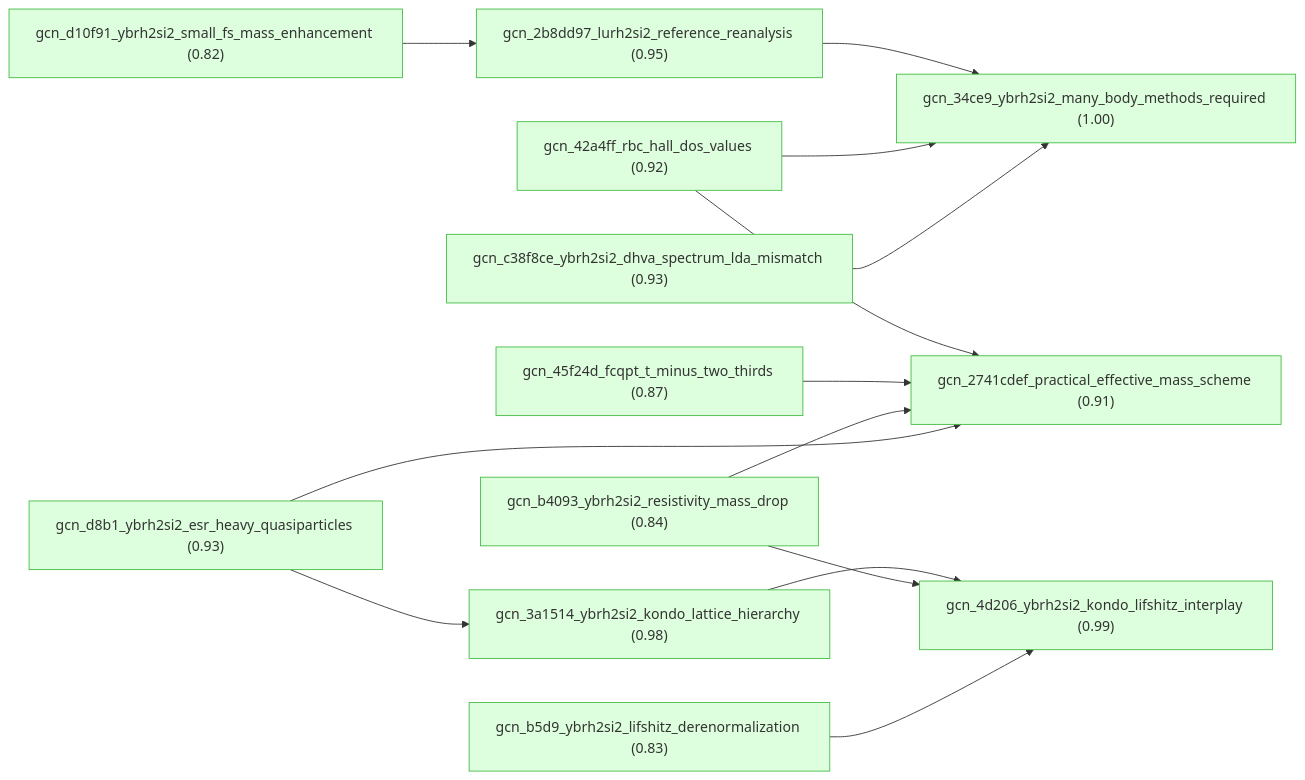
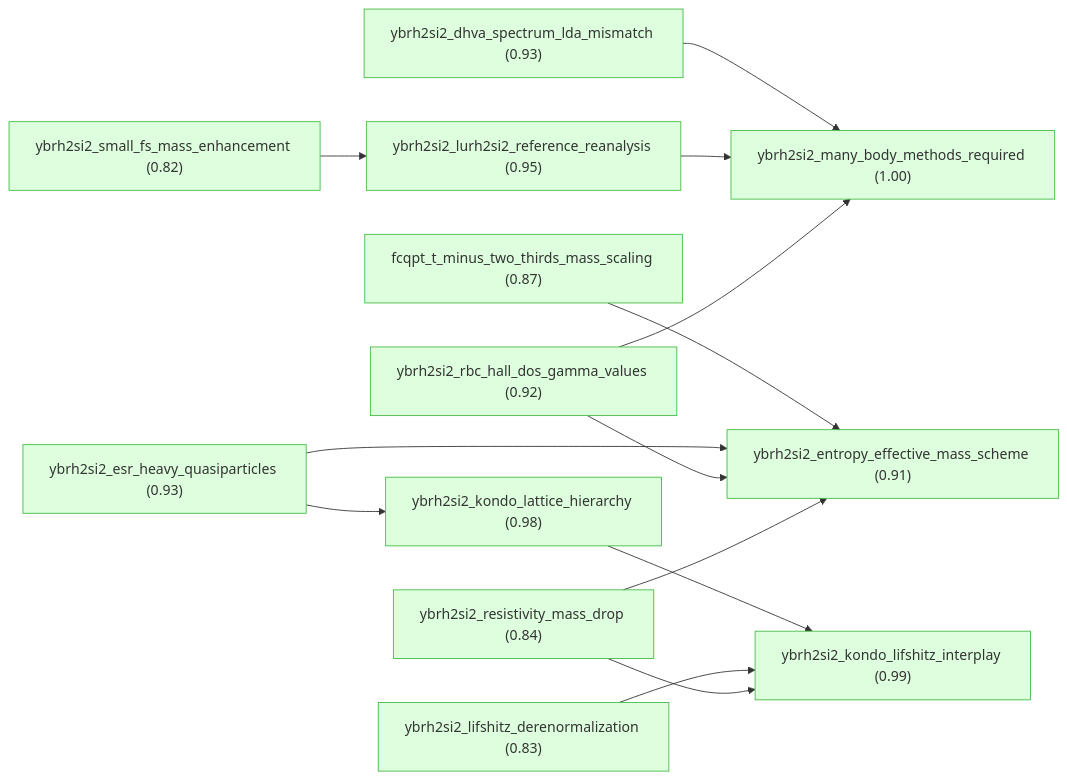
The first of 13 diagrams in docs/detailed-reasoning.md (Callo42/fermi-liquid-effective-mass-gaia), drawn with Mermaid before and after one commit. The commit also changed other lines of this file and 33 other files, not shown here.

````diff
--- a/docs/detailed-reasoning.md
+++ b/docs/detailed-reasoning.md
@@ -7,37 +7,37 @@
 ```mermaid
 graph LR
-    gcn_2741cdef_practical_effective_mass_scheme["gcn_2741cdef_practical_effective_mass_scheme (0.91)"]:::derived
-    gcn_45f24d_fcqpt_t_minus_two_thirds["gcn_45f24d_fcqpt_t_minus_two_thirds (0.87)"]:::derived
-    gcn_42a4ff_rbc_hall_dos_values["gcn_42a4ff_rbc_hall_dos_values (0.92)"]:::derived
-    gcn_c38f8ce_ybrh2si2_dhva_spectrum_lda_mismatch["gcn_c38f8ce_ybrh2si2_dhva_spectrum_lda_mismatch (0.93)"]:::derived
-    gcn_2b8dd97_lurh2si2_reference_reanalysis["gcn_2b8dd97_lurh2si2_reference_reanalysis (0.95)"]:::derived
-    gcn_b4093_ybrh2si2_resistivity_mass_drop["gcn_b4093_ybrh2si2_resistivity_mass_drop (0.84)"]:::derived
-    gcn_3a1514_ybrh2si2_kondo_lattice_hierarchy["gcn_3a1514_ybrh2si2_kondo_lattice_hierarchy (0.98)"]:::derived
-    gcn_d8b1_ybrh2si2_esr_heavy_quasiparticles["gcn_d8b1_ybrh2si2_esr_heavy_quasiparticles (0.93)"]:::derived
-    gcn_4d206_ybrh2si2_kondo_lifshitz_interplay["gcn_4d206_ybrh2si2_kondo_lifshitz_interplay (0.99)"]:::derived
-    gcn_b5d9_ybrh2si2_lifshitz_derenormalization["gcn_b5d9_ybrh2si2_lifshitz_derenormalization (0.83)"]:::derived
-    gcn_d10f91_ybrh2si2_small_fs_mass_enhancement["gcn_d10f91_ybrh2si2_small_fs_mass_enhancement (0.82)"]:::derived
-    gcn_34ce9_ybrh2si2_many_body_methods_required["gcn_34ce9_ybrh2si2_many_body_methods_required (1.00)"]:::derived
-    gcn_2b8dd97_lurh2si2_reference_reanalysis --> gcn_34ce9_ybrh2si2_many_body_methods_required
-    gcn_3a1514_ybrh2si2_kondo_lattice_hierarchy --> gcn_4d206_ybrh2si2_kondo_lifshitz_interplay
-    gcn_42a4ff_rbc_hall_dos_values --> gcn_2741cdef_practical_effective_mass_scheme
-    gcn_42a4ff_rbc_hall_dos_values --> gcn_34ce9_ybrh2si2_many_body_methods_required
-    gcn_45f24d_fcqpt_t_minus_two_thirds --> gcn_2741cdef_practical_effective_mass_scheme
-    gcn_b4093_ybrh2si2_resistivity_mass_drop --> gcn_2741cdef_practical_effective_mass_scheme
-    gcn_b4093_ybrh2si2_resistivity_mass_drop --> gcn_4d206_ybrh2si2_kondo_lifshitz_interplay
-    gcn_b5d9_ybrh2si2_lifshitz_derenormalization --> gcn_4d206_ybrh2si2_kondo_lifshitz_interplay
-    gcn_c38f8ce_ybrh2si2_dhva_spectrum_lda_mismatch --> gcn_34ce9_ybrh2si2_many_body_methods_required
-    gcn_d10f91_ybrh2si2_small_fs_mass_enhancement --> gcn_2b8dd97_lurh2si2_reference_reanalysis
-    gcn_d8b1_ybrh2si2_esr_heavy_quasiparticles --> gcn_2741cdef_practical_effective_mass_scheme
-    gcn_d8b1_ybrh2si2_esr_heavy_quasiparticles --> gcn_3a1514_ybrh2si2_kondo_lattice_hierarchy
+    ybrh2si2_entropy_effective_mass_scheme["ybrh2si2_entropy_effective_mass_scheme (0.91)"]:::derived
+    fcqpt_t_minus_two_thirds_mass_scaling["fcqpt_t_minus_two_thirds_mass_scaling (0.87)"]:::derived
+    ybrh2si2_rbc_hall_dos_gamma_values["ybrh2si2_rbc_hall_dos_gamma_values (0.92)"]:::derived
+    ybrh2si2_dhva_spectrum_lda_mismatch["ybrh2si2_dhva_spectrum_lda_mismatch (0.93)"]:::derived
+    ybrh2si2_lurh2si2_reference_reanalysis["ybrh2si2_lurh2si2_reference_reanalysis (0.95)"]:::derived
+    ybrh2si2_resistivity_mass_drop["ybrh2si2_resistivity_mass_drop (0.84)"]:::derived
+    ybrh2si2_kondo_lattice_hierarchy["ybrh2si2_kondo_lattice_hierarchy (0.98)"]:::derived
+    ybrh2si2_esr_heavy_quasiparticles["ybrh2si2_esr_heavy_quasiparticles (0.93)"]:::derived
+    ybrh2si2_kondo_lifshitz_interplay["ybrh2si2_kondo_lifshitz_interplay (0.99)"]:::derived
+    ybrh2si2_lifshitz_derenormalization["ybrh2si2_lifshitz_derenormalization (0.83)"]:::derived
+    ybrh2si2_small_fs_mass_enhancement["ybrh2si2_small_fs_mass_enhancement (0.82)"]:::derived
+    ybrh2si2_many_body_methods_required["ybrh2si2_many_body_methods_required (1.00)"]:::derived
+    fcqpt_t_minus_two_thirds_mass_scaling --> ybrh2si2_entropy_effective_mass_scheme
+    ybrh2si2_dhva_spectrum_lda_mismatch --> ybrh2si2_many_body_methods_required
+    ybrh2si2_esr_heavy_quasiparticles --> ybrh2si2_entropy_effective_mass_scheme
+    ybrh2si2_esr_heavy_quasiparticles --> ybrh2si2_kondo_lattice_hierarchy
+    ybrh2si2_kondo_lattice_hierarchy --> ybrh2si2_kondo_lifshitz_interplay
+    ybrh2si2_lifshitz_derenormalization --> ybrh2si2_kondo_lifshitz_interplay
+    ybrh2si2_lurh2si2_reference_reanalysis --> ybrh2si2_many_body_methods_required
+    ybrh2si2_rbc_hall_dos_gamma_values --> ybrh2si2_entropy_effective_mass_scheme
+    ybrh2si2_rbc_hall_dos_gamma_values --> ybrh2si2_many_body_methods_required
+    ybrh2si2_resistivity_mass_drop --> ybrh2si2_entropy_effective_mass_scheme
+    ybrh2si2_resistivity_mass_drop --> ybrh2si2_kondo_lifshitz_interplay
+    ybrh2si2_small_fs_mass_enhancement --> ybrh2si2_lurh2si2_reference_reanalysis
 
     classDef setting fill:#f0f0f0,stroke:#999,color:#333
     classDef premise fill:#ddeeff,stroke:#4488bb,color:#333
     classDef derived fill:#ddffdd,stroke:#44bb44,color:#333
     classDef question fill:#fff3dd,stroke:#cc9944,color:#333
     classDef background fill:#f5f5f5,stroke:#bbb,stroke-dasharray: 5 5,color:#333
     classDef orphan fill:#fff,stroke:#ccc,stroke-dasharray: 5 5,color:#333
     classDef external fill:#fff,stroke:#aaa,stroke-dasharray: 3 3,color:#333
     classDef weak fill:#fff9c4,stroke:#f9a825,stroke-dasharray: 5 5,color:#333
     classDef contra fill:#ffebee,stroke:#c62828,color:#333
 ```
````
